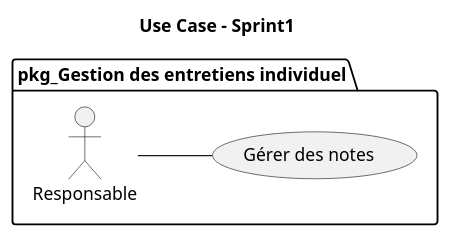
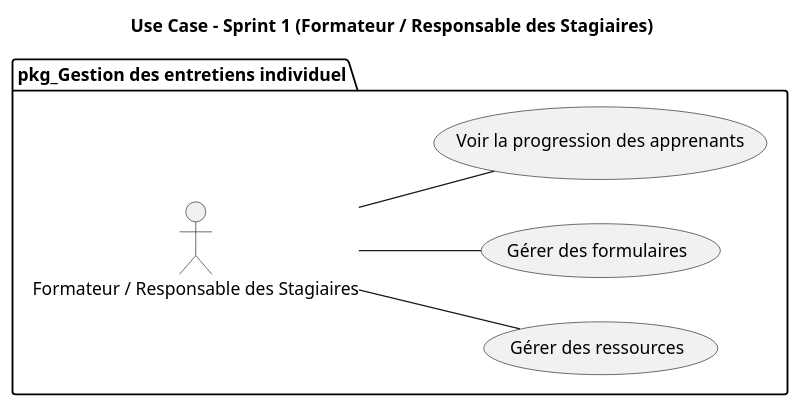
One commit to bardichoussama/FileRouge changed the diagram in Branche Fonctionnelle/Analyse/UseCaseSprint1.puml. Above: the diagram before and after it, drawn with PlantUML. The commit also changed 7 other files, not shown here.

```diff
--- a/Branche Fonctionnelle/Analyse/UseCaseSprint1.puml
+++ b/Branche Fonctionnelle/Analyse/UseCaseSprint1.puml
@@ -1,11 +1,17 @@
 @startuml
 package "pkg_Gestion des entretiens individuel" {
-    title Use Case - Sprint1
+    title Use Case - Sprint 1 (Formateur / Responsable des Stagiaires)
 
     left to right direction
-    actor Responsable as RF
-    
-  RF -- (Gérer des notes )
-  
+
+    actor "Formateur / Responsable des Stagiaires" as RespoFormateur
+
+    usecase "Gérer des ressources" as UC1
+    usecase "Gérer des formulaires" as UC2
+    usecase "Voir la progression des apprenants" as UC3
+
+    RespoFormateur -- UC1
+    RespoFormateur -- UC2
+    RespoFormateur -- UC3
 }
 @enduml
```
